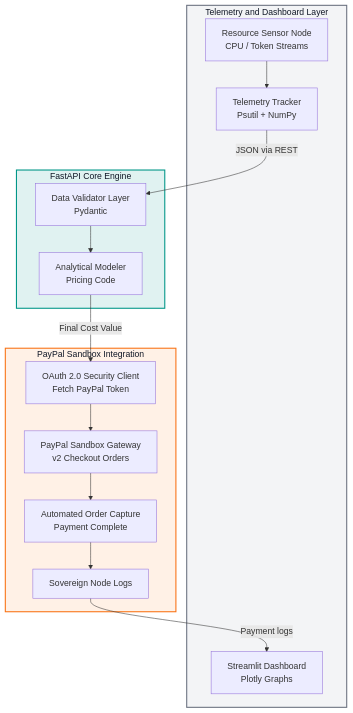
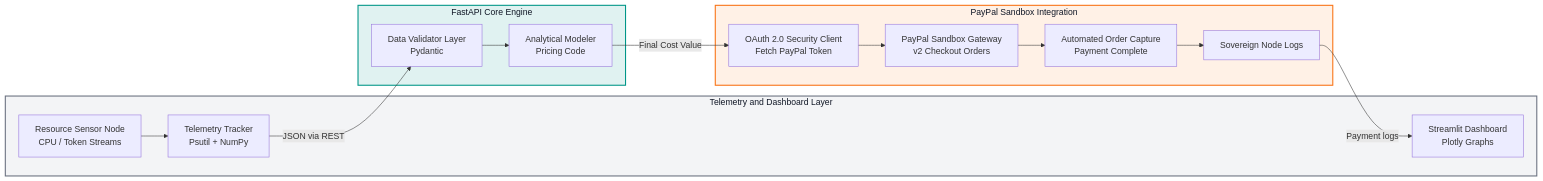
One commit to techindro/papaya changed the diagram in README.md. Above: the diagram before and after it, drawn with Mermaid.

````diff
--- a/README.md
+++ b/README.md
@@ -67,25 +67,25 @@
 ```mermaid
-flowchart TD
+flowchart LR
     subgraph CLIENT_LAYER ["Telemetry and Dashboard Layer"]
         A["Resource Sensor Node<br/>CPU / Token Streams"] --> B["Telemetry Tracker<br/>Psutil + NumPy"]
         K["Streamlit Dashboard<br/>Plotly Graphs"]
     end
 
     subgraph CORE_ENGINE ["FastAPI Core Engine"]
         D["Data Validator Layer<br/>Pydantic"] --> E["Analytical Modeler<br/>Pricing Code"]
     end
 
     subgraph PAYMENT_GATEWAY ["PayPal Sandbox Integration"]
         F["OAuth 2.0 Security Client<br/>Fetch PayPal Token"] --> G["PayPal Sandbox Gateway<br/>v2 Checkout Orders"]
         G --> H["Automated Order Capture<br/>Payment Complete"]
         H --> I["Sovereign Node Logs"]
     end
 
     B -->|"JSON via REST"| D
     E -->|"Final Cost Value"| F
     I -->|"Payment logs"| K
 
     style CLIENT_LAYER fill:#f3f4f6,stroke:#6b7280,stroke-width:2px,color:#111827
     style CORE_ENGINE fill:#e0f2f1,stroke:#009688,stroke-width:2px,color:#111827
     style PAYMENT_GATEWAY fill:#fff1e6,stroke:#f97316,stroke-width:2px,color:#111827
 ```
````
